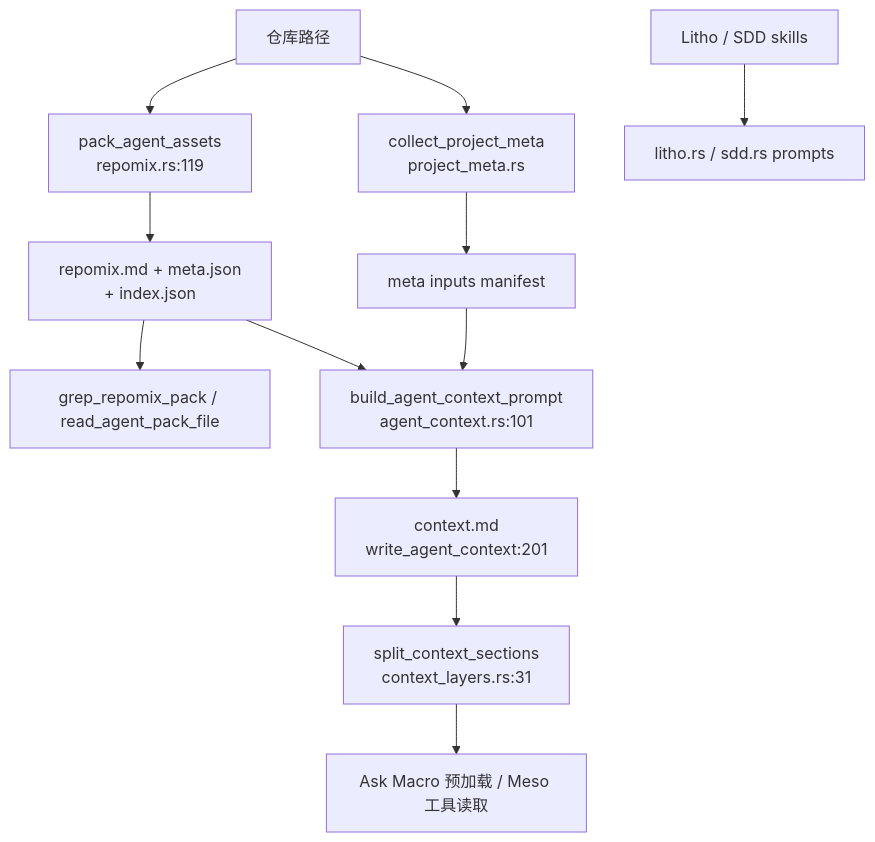
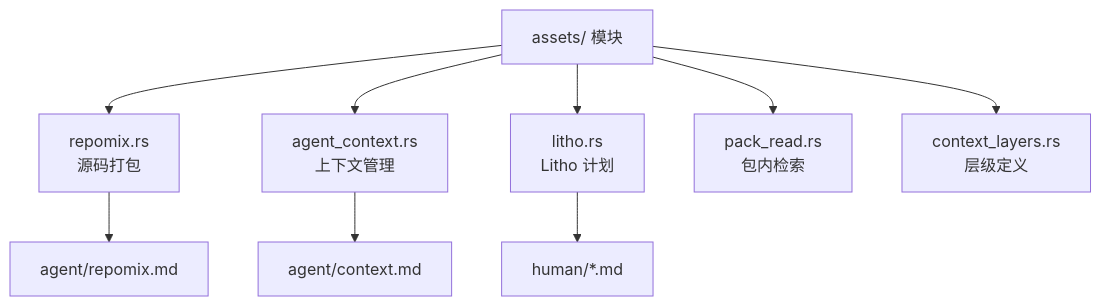
One commit to sopaco/terrain changed the diagram in .terrain/human/4.Deep-Exploration/知识资产管理.md. Above: the diagram before and after it, drawn with Mermaid. The commit also changed other lines of this file and 79 other files, not shown here.

````diff
--- a/.terrain/human/4.Deep-Exploration/知识资产管理.md
+++ b/.terrain/human/4.Deep-Exploration/知识资产管理.md
@@ -50,14 +35,11 @@
 ```mermaid
 flowchart TD
-    A["仓库路径"] --> B["pack_agent_assets<br/>repomix.rs:119"]
-    B --> C["repomix.md + meta.json<br/>+ index.json"]
-    C --> D["grep_repomix_pack / read_agent_pack_file"]
-    A --> E["collect_project_meta<br/>project_meta.rs"]
-    E --> F["meta inputs manifest"]
-    C --> G["build_agent_context_prompt<br/>agent_context.rs:101"]
-    F --> G
-    G --> H["context.md<br/>write_agent_context:201"]
-    H --> I["split_context_sections<br/>context_layers.rs:31"]
-    I --> J["Ask Macro 预加载 / Meso 工具读取"]
-    K["Litho / SDD skills"] --> L["litho.rs / sdd.rs prompts"]
+    A["assets/ 模块"] --> B["repomix.rs<br/>源码打包"]
+    A --> C["agent_context.rs<br/>上下文管理"]
+    A --> D["litho.rs<br/>Litho 计划"]
+    A --> E["pack_read.rs<br/>包内检索"]
+    A --> F["context_layers.rs<br/>层级定义"]
+    B --> G["agent/repomix.md"]
+    C --> H["agent/context.md"]
+    D --> I["human/*.md"]
 ```
````
